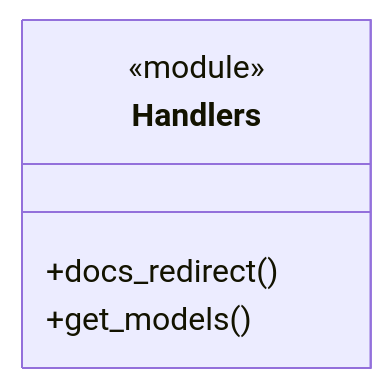
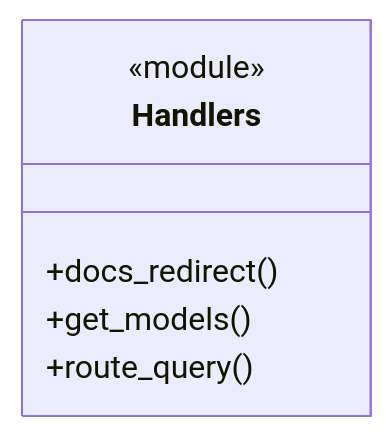
The first of 2 diagrams in openwiki/modules/src/interface/http/handlers.md (lgcorzo/fastapi-autogen-team), drawn with Mermaid before and after one commit. The commit also changed other lines of this file and 33 other files, not shown here.

Commit message:
Fix PlantUML syntax, missing diagrams, and link formatting in doc generator

````diff
--- a/openwiki/modules/src/interface/http/handlers.md
+++ b/openwiki/modules/src/interface/http/handlers.md
@@ -32,9 +37,10 @@
 ```mermaid
 classDiagram
     direction BT
     class Handlers {
         <<module>>
         +docs_redirect()
         +get_models()
+        +route_query()
     }
 ```
````
